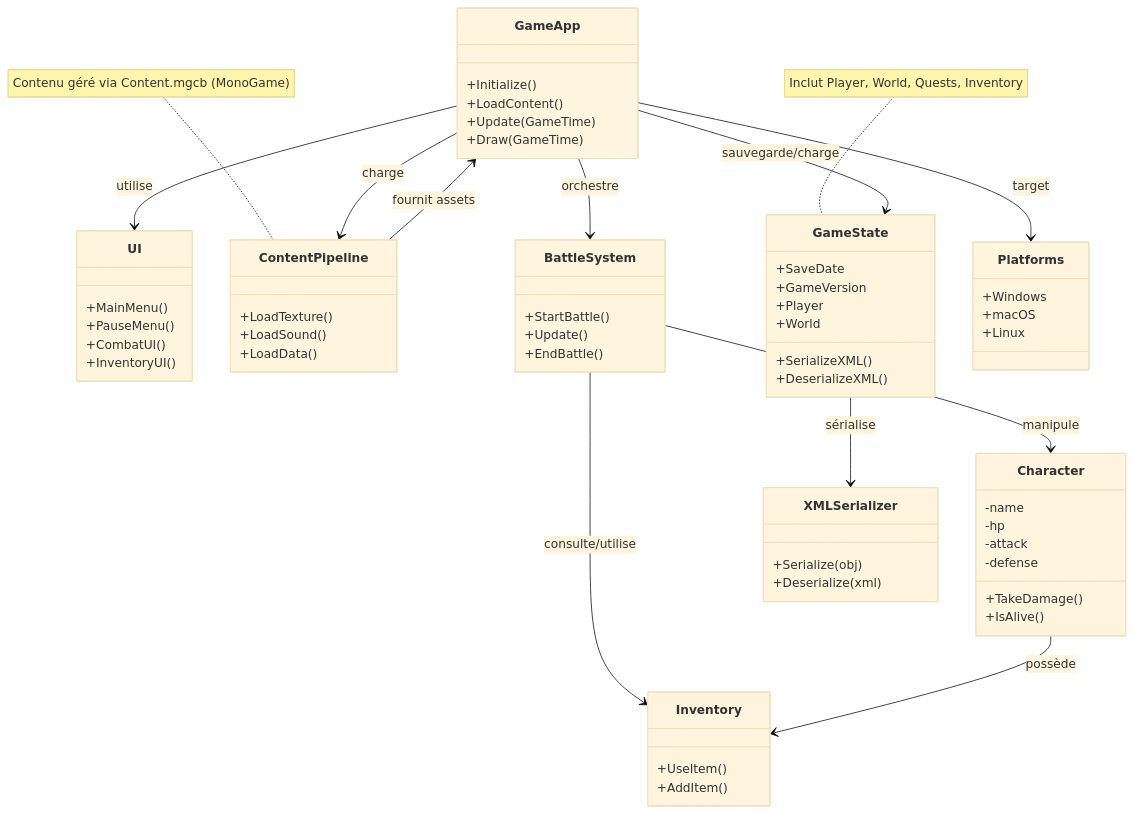
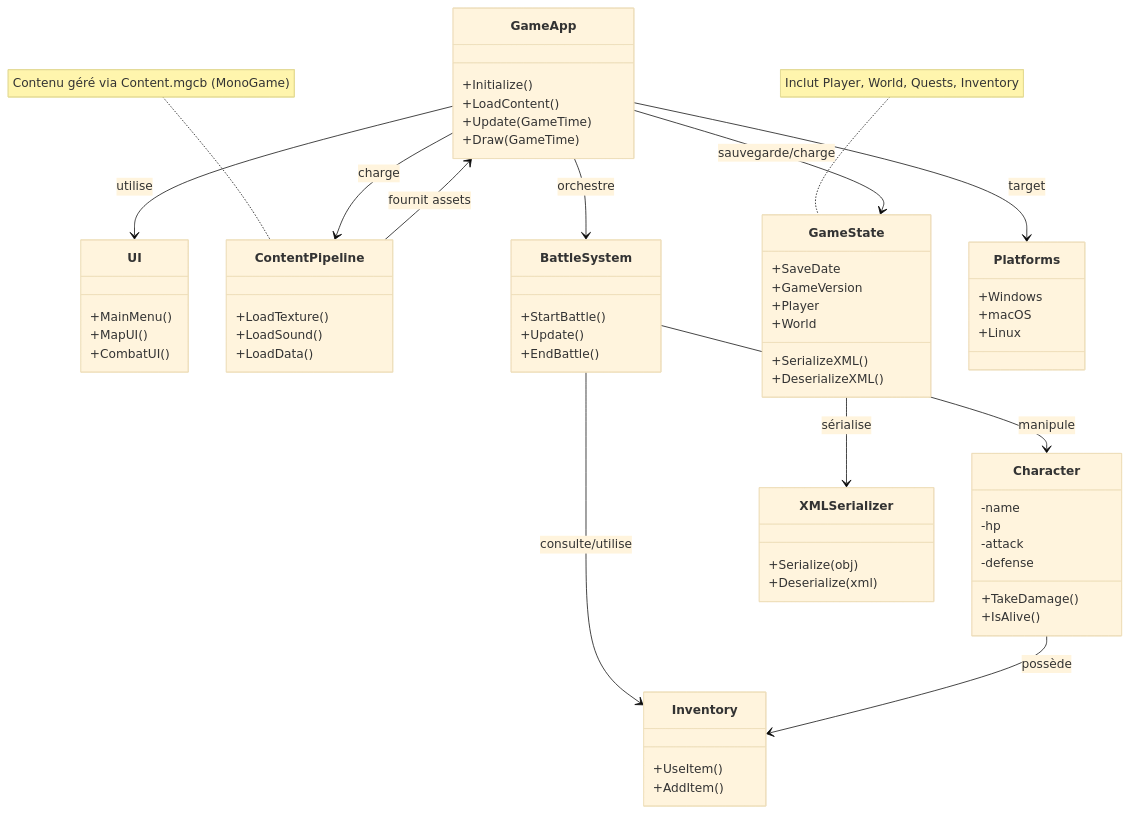
The diagram in docs/Fiche-signaletique.md (d0rich/EchoReborn), drawn with Mermaid (base theme) before and after one commit.

Commit message:
Update class diagram inn fiche signaletique

````diff
--- a/docs/Fiche-signaletique.md
+++ b/docs/Fiche-signaletique.md
@@ -149,79 +149,78 @@
 ```mermaid
 classDiagram
     %% Composants principaux
     class GameApp {
         +Initialize()
         +LoadContent()
         +Update(GameTime)
         +Draw(GameTime)
     }
 
     class UI {
         +MainMenu()
-        +PauseMenu()
+        +MapUI()
         +CombatUI()
-        +InventoryUI()
     }
 
     class ContentPipeline {
         +LoadTexture()
         +LoadSound()
         +LoadData()
     }
 
     class BattleSystem {
         +StartBattle()
         +Update()
         +EndBattle()
     }
 
     class Character {
         -name
         -hp
         -attack
         -defense
         +TakeDamage()
         +IsAlive()
     }
 
     class Inventory {
         +UseItem()
         +AddItem()
     }
 
     class GameState {
         +SaveDate
         +GameVersion
         +Player
         +World
         +SerializeXML()
         +DeserializeXML()
     }
 
     class XMLSerializer {
         +Serialize(obj)
         +Deserialize(xml)
     }
 
     class Platforms {
         +Windows
         +macOS
         +Linux
     }
 
     %% Relations
     GameApp --> UI : utilise
     GameApp --> ContentPipeline : charge
     GameApp --> BattleSystem : orchestre
     BattleSystem --> Character : manipule
     BattleSystem --> Inventory : consulte/utilise
     Character --> Inventory : possède
     GameApp --> GameState : sauvegarde/charge
     GameState --> XMLSerializer : sérialise
     ContentPipeline --> GameApp : fournit assets
     GameApp --> Platforms : target
 
     %% Notes
     note for GameState "Inclut Player, World, Quests, Inventory" 
     note for ContentPipeline "Contenu géré via Content.mgcb (MonoGame)" 
 ```
````
